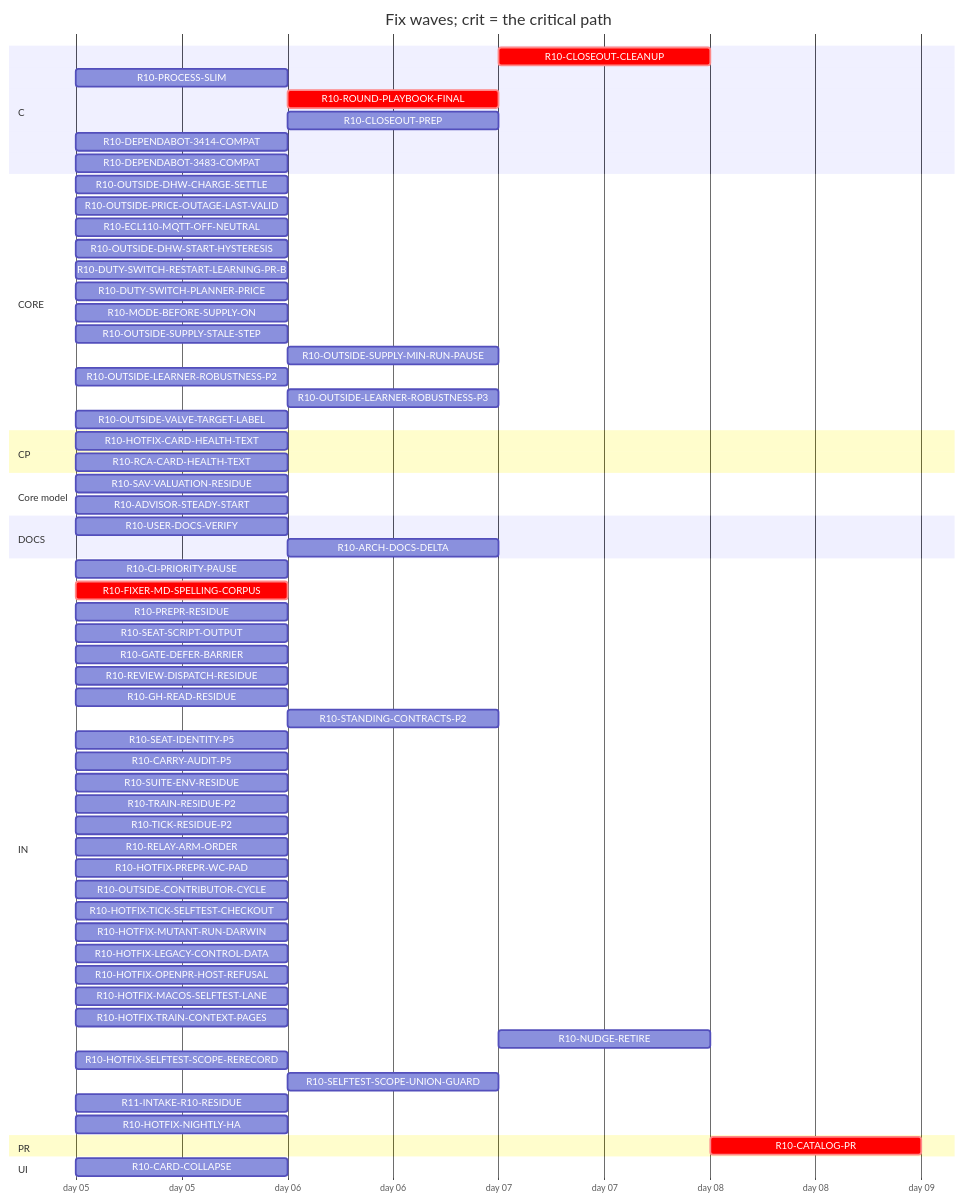
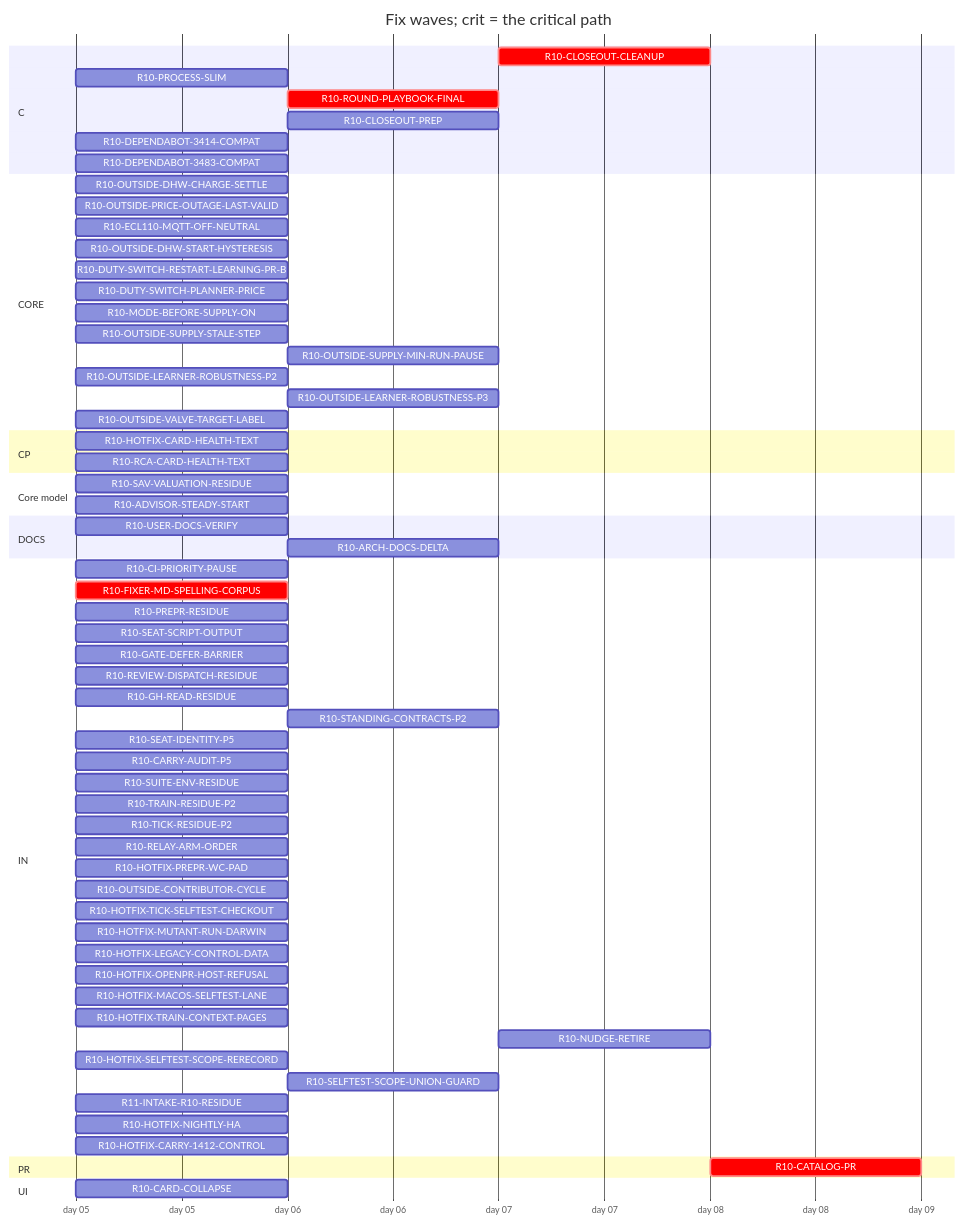
Before and after one commit to tvofi/heatpump_optimizer: the diagram in handoff/round10/state/PLAN-TABLE.md, drawn with Mermaid. The commit also changed other lines of this file and 3 other files, not shown here.

Commit message:
state: FLOW-BOARD.md, NEXT-SESSION-PROMPT.md, PLAN-TABLE.md, RESUME-CURRENT.md regenerated (state_docs.py)

````diff
--- a/handoff/round10/state/PLAN-TABLE.md
+++ b/handoff/round10/state/PLAN-TABLE.md
@@ -21,67 +21,68 @@
 ```mermaid
 gantt
   title Fix waves; crit = the critical path
   dateFormat YYYY-MM-DD
   axisFormat day %d
   section C
     R10-CLOSEOUT-CLEANUP :crit, r10CLOSEOUTCLEANUP, after r10USERDOCSVERIFY r10ROUNDPLAYBOOKFINAL r10CLOSEOUTPREP r10ARCHDOCSDELTA, 1d
     R10-PROCESS-SLIM :r10PROCESSSLIM, 2026-01-05, 1d
     R10-ROUND-PLAYBOOK-FINAL :crit, r10ROUNDPLAYBOOKFINAL, after r10FIXERMDSPELLINGCORPUS, 1d
     R10-CLOSEOUT-PREP :r10CLOSEOUTPREP, after r10FIXERMDSPELLINGCORPUS, 1d
     R10-DEPENDABOT-3414-COMPAT :r10DEPENDABOT3414COMPAT, 2026-01-05, 1d
     R10-DEPENDABOT-3483-COMPAT :r10DEPENDABOT3483COMPAT, 2026-01-05, 1d
   section CORE
     R10-OUTSIDE-DHW-CHARGE-SETTLE :r10OUTSIDEDHWCHARGESETTLE, 2026-01-05, 1d
     R10-OUTSIDE-PRICE-OUTAGE-LAST-VALID :r10OUTSIDEPRICEOUTAGELASTVALID, 2026-01-05, 1d
     R10-ECL110-MQTT-OFF-NEUTRAL :r10ECL110MQTTOFFNEUTRAL, 2026-01-05, 1d
     R10-OUTSIDE-DHW-START-HYSTERESIS :r10OUTSIDEDHWSTARTHYSTERESIS, 2026-01-05, 1d
     R10-DUTY-SWITCH-RESTART-LEARNING-PR-B :r10DUTYSWITCHRESTARTLEARNINGPRB, 2026-01-05, 1d
     R10-DUTY-SWITCH-PLANNER-PRICE :r10DUTYSWITCHPLANNERPRICE, 2026-01-05, 1d
     R10-MODE-BEFORE-SUPPLY-ON :r10MODEBEFORESUPPLYON, 2026-01-05, 1d
     R10-OUTSIDE-SUPPLY-STALE-STEP :r10OUTSIDESUPPLYSTALESTEP, 2026-01-05, 1d
     R10-OUTSIDE-SUPPLY-MIN-RUN-PAUSE :r10OUTSIDESUPPLYMINRUNPAUSE, after r10OUTSIDESUPPLYSTALESTEP, 1d
     R10-OUTSIDE-LEARNER-ROBUSTNESS-P2 :r10OUTSIDELEARNERROBUSTNESSP2, 2026-01-05, 1d
     R10-OUTSIDE-LEARNER-ROBUSTNESS-P3 :r10OUTSIDELEARNERROBUSTNESSP3, after r10OUTSIDELEARNERROBUSTNESSP2, 1d
     R10-OUTSIDE-VALVE-TARGET-LABEL :r10OUTSIDEVALVETARGETLABEL, 2026-01-05, 1d
   section CP
     R10-HOTFIX-CARD-HEALTH-TEXT :r10HOTFIXCARDHEALTHTEXT, 2026-01-05, 1d
     R10-RCA-CARD-HEALTH-TEXT :r10RCACARDHEALTHTEXT, 2026-01-05, 1d
   section Core model
     R10-SAV-VALUATION-RESIDUE :r10SAVVALUATIONRESIDUE, 2026-01-05, 1d
     R10-ADVISOR-STEADY-START :r10ADVISORSTEADYSTART, 2026-01-05, 1d
   section DOCS
     R10-USER-DOCS-VERIFY :r10USERDOCSVERIFY, 2026-01-05, 1d
     R10-ARCH-DOCS-DELTA :r10ARCHDOCSDELTA, after r10SAVVALUATIONRESIDUE r10ADVISORSTEADYSTART r10PROCESSSLIM, 1d
   section IN
     R10-CI-PRIORITY-PAUSE :r10CIPRIORITYPAUSE, 2026-01-05, 1d
     R10-FIXER-MD-SPELLING-CORPUS :crit, r10FIXERMDSPELLINGCORPUS, 2026-01-05, 1d
     R10-PREPR-RESIDUE :r10PREPRRESIDUE, 2026-01-05, 1d
     R10-SEAT-SCRIPT-OUTPUT :r10SEATSCRIPTOUTPUT, 2026-01-05, 1d
     R10-GATE-DEFER-BARRIER :r10GATEDEFERBARRIER, 2026-01-05, 1d
     R10-REVIEW-DISPATCH-RESIDUE :r10REVIEWDISPATCHRESIDUE, 2026-01-05, 1d
     R10-GH-READ-RESIDUE :r10GHREADRESIDUE, 2026-01-05, 1d
     R10-STANDING-CONTRACTS-P2 :r10STANDINGCONTRACTSP2, after r10FIXERMDSPELLINGCORPUS, 1d
     R10-SEAT-IDENTITY-P5 :r10SEATIDENTITYP5, 2026-01-05, 1d
     R10-CARRY-AUDIT-P5 :r10CARRYAUDITP5, 2026-01-05, 1d
     R10-SUITE-ENV-RESIDUE :r10SUITEENVRESIDUE, 2026-01-05, 1d
     R10-TRAIN-RESIDUE-P2 :r10TRAINRESIDUEP2, 2026-01-05, 1d
     R10-TICK-RESIDUE-P2 :r10TICKRESIDUEP2, 2026-01-05, 1d
     R10-RELAY-ARM-ORDER :r10RELAYARMORDER, 2026-01-05, 1d
     R10-HOTFIX-PREPR-WC-PAD :r10HOTFIXPREPRWCPAD, 2026-01-05, 1d
     R10-OUTSIDE-CONTRIBUTOR-CYCLE :r10OUTSIDECONTRIBUTORCYCLE, 2026-01-05, 1d
     R10-HOTFIX-TICK-SELFTEST-CHECKOUT :r10HOTFIXTICKSELFTESTCHECKOUT, 2026-01-05, 1d
     R10-HOTFIX-MUTANT-RUN-DARWIN :r10HOTFIXMUTANTRUNDARWIN, 2026-01-05, 1d
     R10-HOTFIX-LEGACY-CONTROL-DATA :r10HOTFIXLEGACYCONTROLDATA, 2026-01-05, 1d
     R10-HOTFIX-OPENPR-HOST-REFUSAL :r10HOTFIXOPENPRHOSTREFUSAL, 2026-01-05, 1d
     R10-HOTFIX-MACOS-SELFTEST-LANE :r10HOTFIXMACOSSELFTESTLANE, 2026-01-05, 1d
     R10-HOTFIX-TRAIN-CONTEXT-PAGES :r10HOTFIXTRAINCONTEXTPAGES, 2026-01-05, 1d
     R10-NUDGE-RETIRE :r10NUDGERETIRE, after r10ROUNDPLAYBOOKFINAL, 1d
     R10-HOTFIX-SELFTEST-SCOPE-RERECORD :r10HOTFIXSELFTESTSCOPERERECORD, 2026-01-05, 1d
     R10-SELFTEST-SCOPE-UNION-GUARD :r10SELFTESTSCOPEUNIONGUARD, after r10HOTFIXSELFTESTSCOPERERECORD, 1d
     R11-INTAKE-R10-RESIDUE :r11INTAKER10RESIDUE, 2026-01-05, 1d
     R10-HOTFIX-NIGHTLY-HA :r10HOTFIXNIGHTLYHA, 2026-01-05, 1d
+    R10-HOTFIX-CARRY-1412-CONTROL :r10HOTFIXCARRY1412CONTROL, 2026-01-05, 1d
   section PR
     R10-CATALOG-PR :crit, r10CATALOGPR, after r10USERDOCSVERIFY r10ROUNDPLAYBOOKFINAL r10CLOSEOUTCLEANUP r10CLOSEOUTPREP r10ARCHDOCSDELTA, 1d
   section UI
     R10-CARD-COLLAPSE :r10CARDCOLLAPSE, 2026-01-05, 1d
 ```
````
